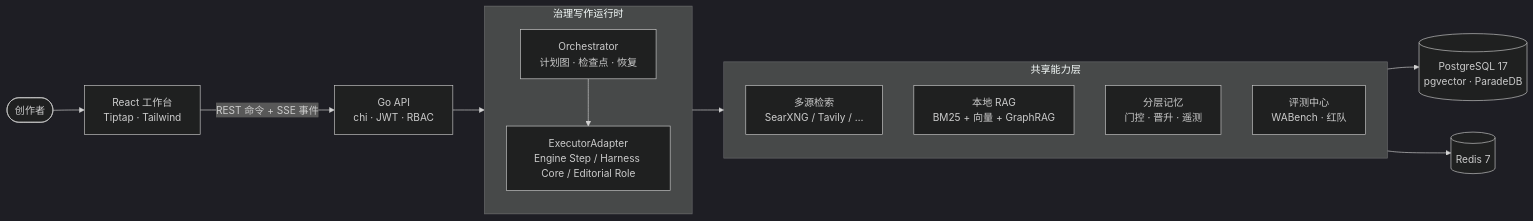
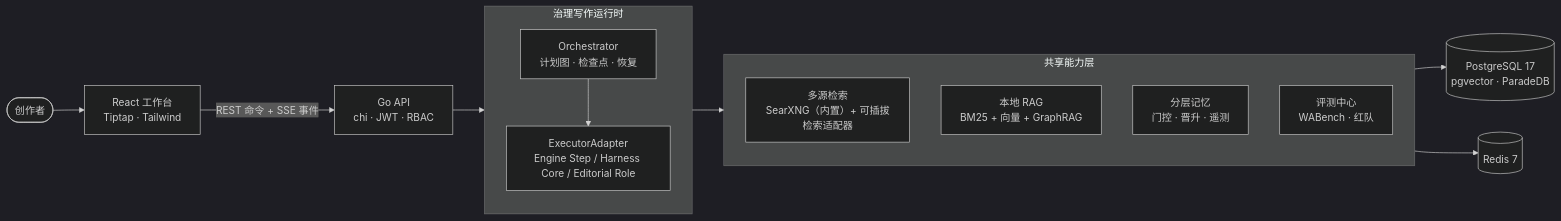
Before and after one commit to Echo-Smith/LuminWrite-OSS: the first of 2 diagrams in README.md, drawn with Mermaid (dark theme). The commit also changed other lines of this file and 2 other files, not shown here.

````diff
--- a/README.md
+++ b/README.md
@@ -36,20 +36,20 @@
 ```mermaid
 flowchart LR
     U([创作者]) --> FE[React 工作台<br/>Tiptap · Tailwind]
     FE -->|REST 命令 + SSE 事件| API[Go API<br/>chi · JWT · RBAC]
     subgraph RUN[治理写作运行时]
         O["Orchestrator<br/>计划图 · 检查点 · 恢复"]
         E["ExecutorAdapter<br/>Engine Step / Harness Core / Editorial Role"]
         O --> E
     end
     API --> RUN
     subgraph CAP[共享能力层]
-        S[多源检索<br/>SearXNG / Tavily / …]
+        S[多源检索<br/>SearXNG（内置）+ 可插拔检索适配器]
         K[本地 RAG<br/>BM25 + 向量 + GraphRAG]
         M[分层记忆<br/>门控 · 晋升 · 遥测]
         V[评测中心<br/>WABench · 红队]
     end
     RUN --> CAP
     CAP --> DB[(PostgreSQL 17<br/>pgvector · ParadeDB)]
     CAP --> RD[(Redis 7)]
 ```
````
